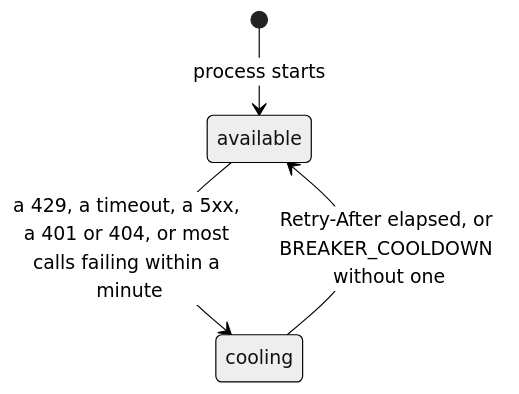
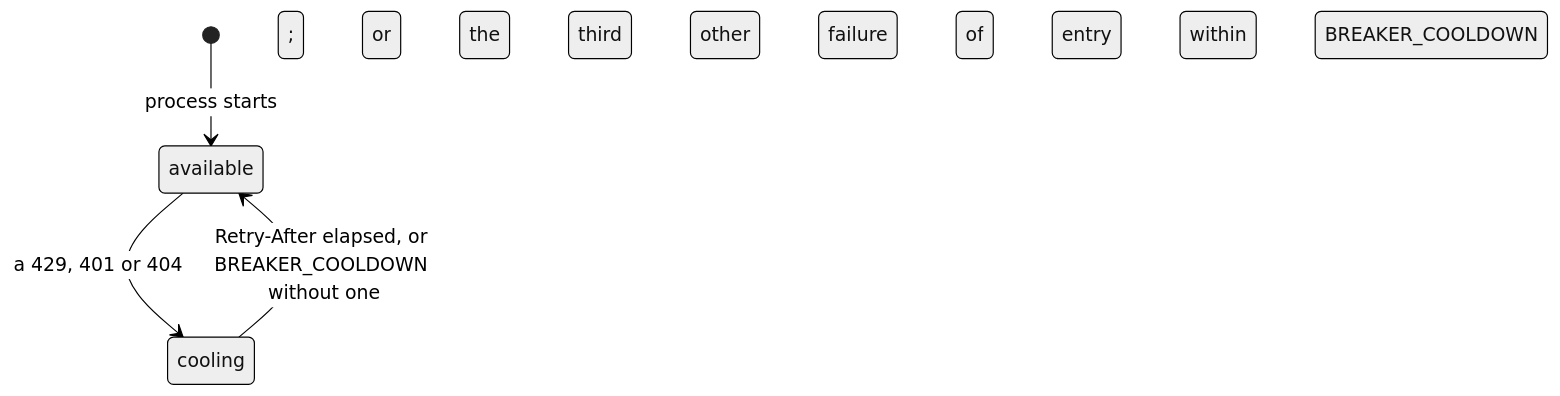
One commit to andrezorzo/zorzo-api changed the fifth of 6 diagrams in docs/lld.md. Above: the diagram before and after it, drawn with Mermaid (neutral theme). The commit also changed other lines of this file, not shown here.

Commit message:
docs: record the gateway as built on the LiteLLM Router: per-entry groups, failure counting, settle ceilings (F01-T13)

````diff
--- a/docs/lld.md
+++ b/docs/lld.md
@@ -559,6 +564,6 @@
 ```mermaid
 stateDiagram-v2
     [*] --> available: process starts
-    available --> cooling: a 429, a timeout, a 5xx, a 401 or 404, or most calls failing within a minute
+    available --> cooling: a 429, 401 or 404; or the third other failure of the entry within BREAKER_COOLDOWN
     cooling --> available: Retry-After elapsed, or BREAKER_COOLDOWN without one
 ```
````
